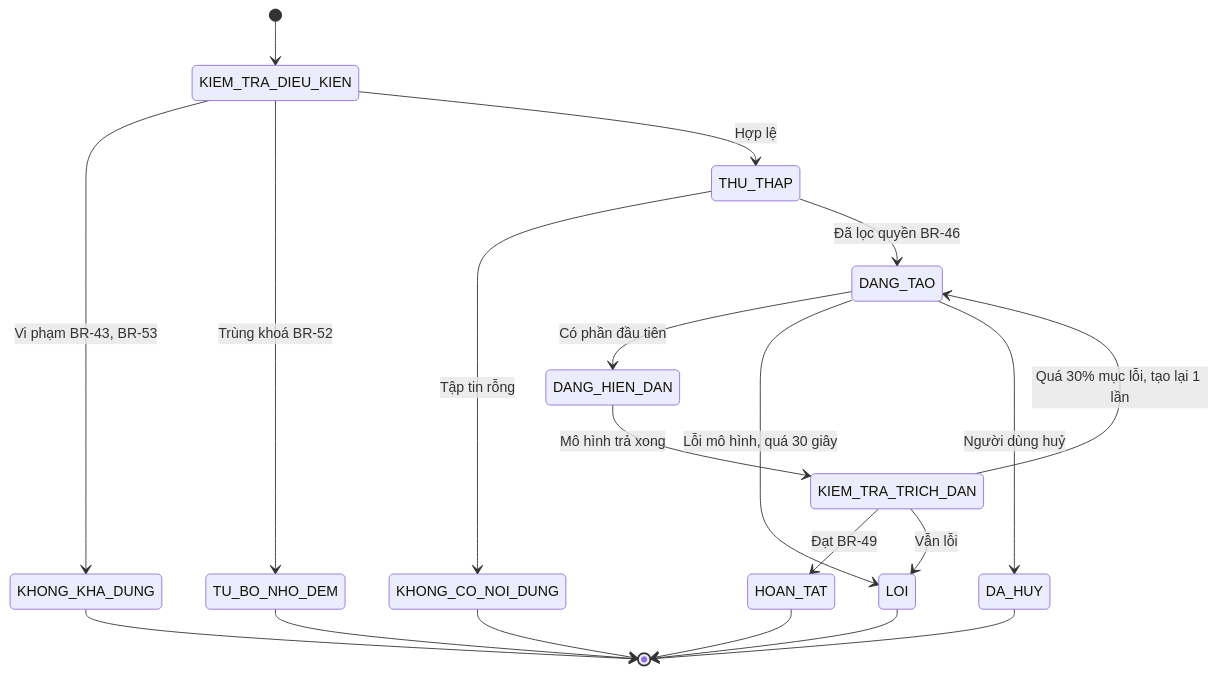
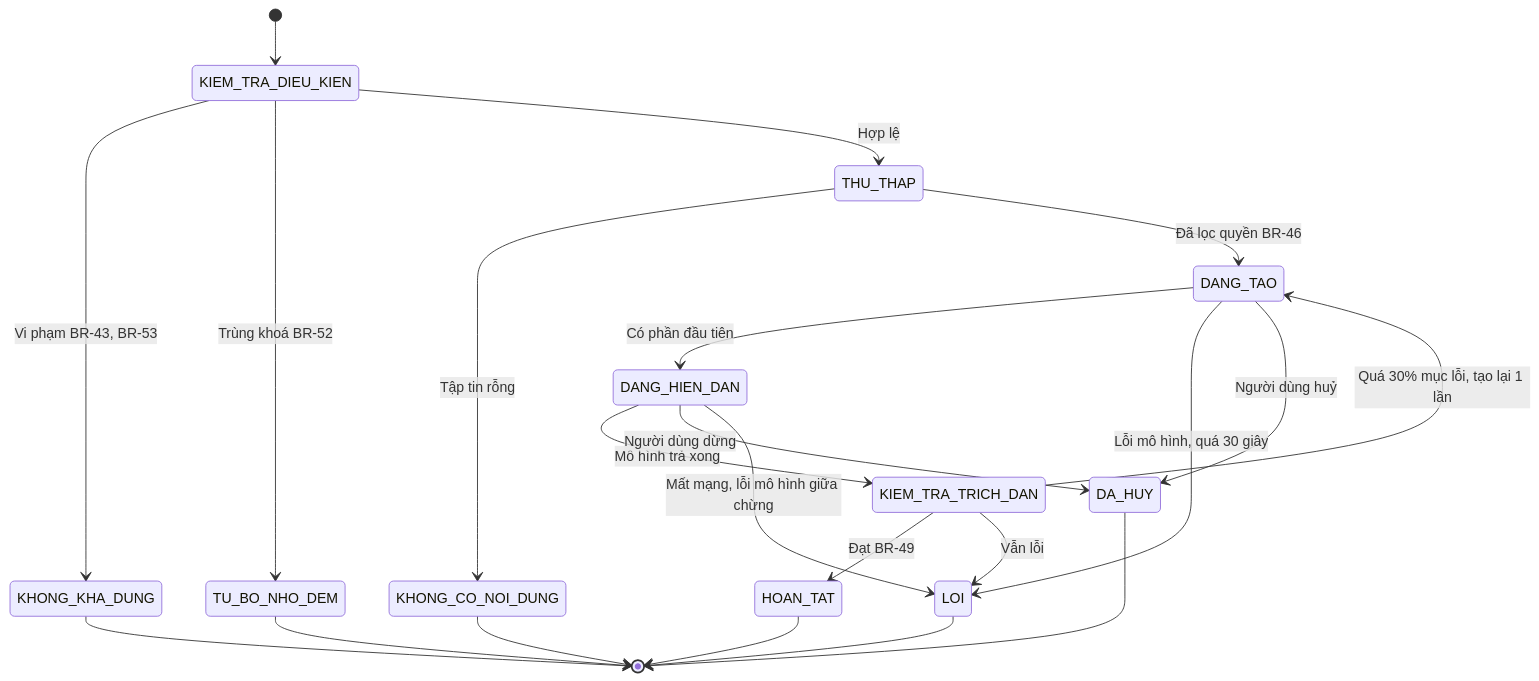
One commit to uxfoundation-vn/de08-nhan-tin-noi-bo-ai changed the first of 4 diagrams in docs/TN04-ai-tom-tat/SRS.md. Above: the diagram before and after it, drawn with Mermaid. The commit also changed other lines of this file and 4 other files, not shown here.

````diff
--- a/docs/TN04-ai-tom-tat/SRS.md
+++ b/docs/TN04-ai-tom-tat/SRS.md
@@ -50,22 +50,24 @@
 ```mermaid
 stateDiagram-v2
   [*] --> KIEM_TRA_DIEU_KIEN
   KIEM_TRA_DIEU_KIEN --> KHONG_KHA_DUNG : Vi phạm BR-43, BR-53
   KIEM_TRA_DIEU_KIEN --> TU_BO_NHO_DEM : Trùng khoá BR-52
   KIEM_TRA_DIEU_KIEN --> THU_THAP : Hợp lệ
   THU_THAP --> KHONG_CO_NOI_DUNG : Tập tin rỗng
   THU_THAP --> DANG_TAO : Đã lọc quyền BR-46
   DANG_TAO --> DANG_HIEN_DAN : Có phần đầu tiên
   DANG_HIEN_DAN --> KIEM_TRA_TRICH_DAN : Mô hình trả xong
+  DANG_HIEN_DAN --> DA_HUY : Người dùng dừng
+  DANG_HIEN_DAN --> LOI : Mất mạng, lỗi mô hình giữa chừng
   KIEM_TRA_TRICH_DAN --> HOAN_TAT : Đạt BR-49
   KIEM_TRA_TRICH_DAN --> DANG_TAO : Quá 30% mục lỗi, tạo lại 1 lần
   KIEM_TRA_TRICH_DAN --> LOI : Vẫn lỗi
   DANG_TAO --> LOI : Lỗi mô hình, quá 30 giây
   DANG_TAO --> DA_HUY : Người dùng huỷ
   HOAN_TAT --> [*]
   TU_BO_NHO_DEM --> [*]
   KHONG_CO_NOI_DUNG --> [*]
   LOI --> [*]
   KHONG_KHA_DUNG --> [*]
   DA_HUY --> [*]
 ```
````
